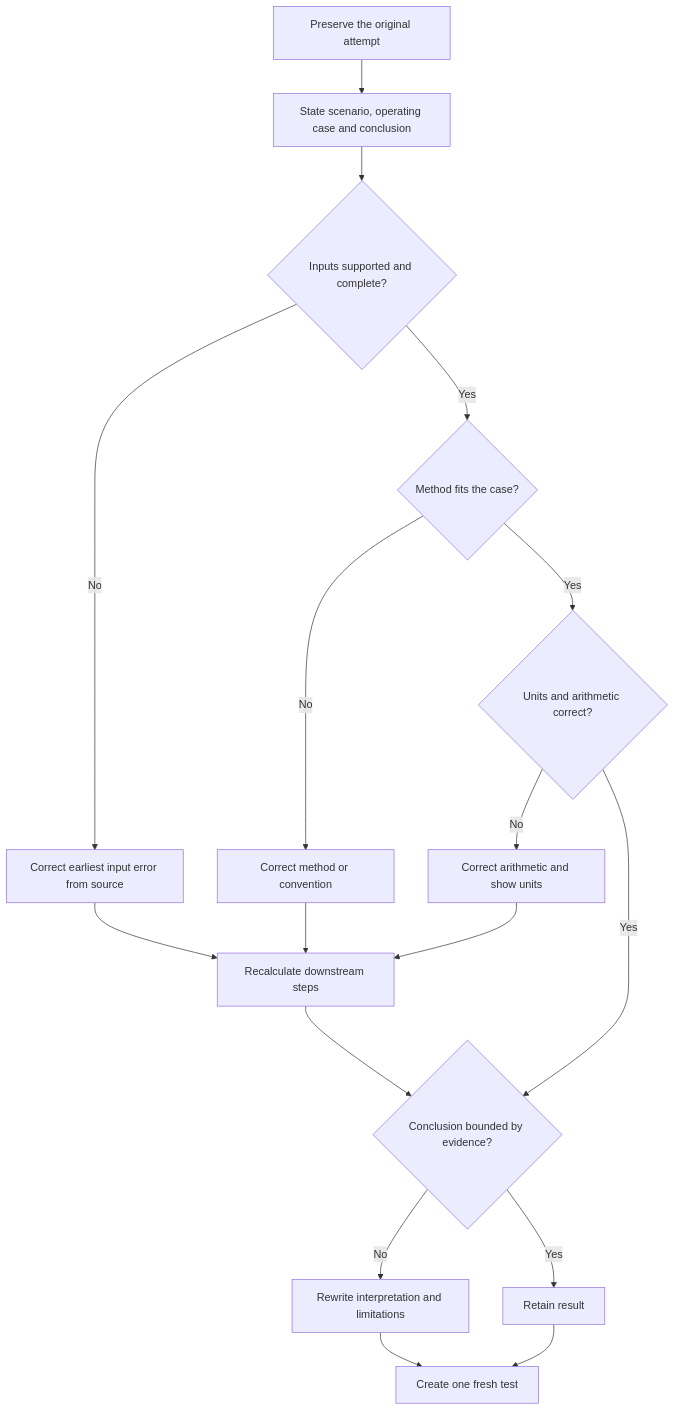
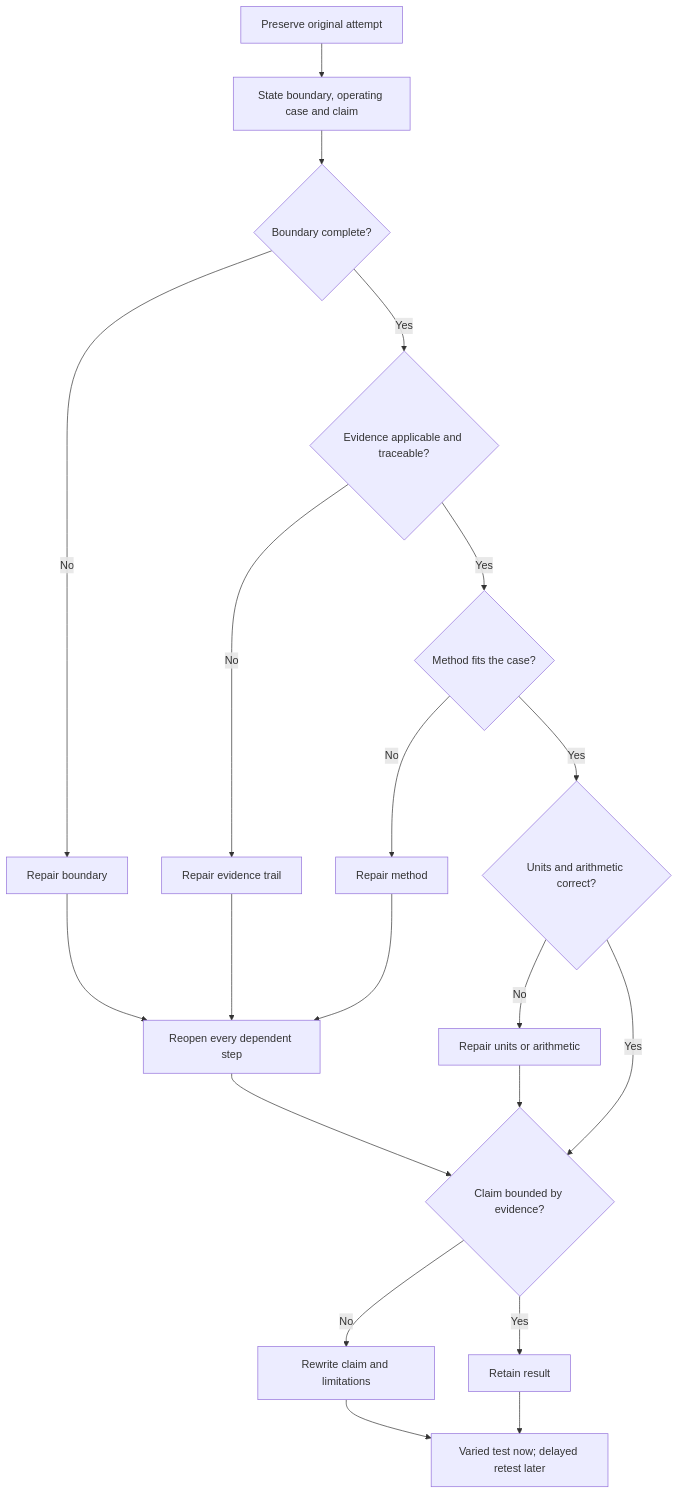
Before and after one commit to andrew3stedall/capstone: the diagram in docs/learning-plans/4-week/modules/day-12-rest-calculation-correction-and-catch-up.md, drawn with Mermaid. The commit also changed other lines of this file, not shown here.

````diff
--- a/docs/learning-plans/4-week/modules/day-12-rest-calculation-correction-and-catch-up.md
+++ b/docs/learning-plans/4-week/modules/day-12-rest-calculation-correction-and-catch-up.md
@@ -154,19 +146,22 @@
 ```mermaid
 flowchart TD
-    A["Preserve the original attempt"] --> B["State scenario, operating case and conclusion"]
-    B --> C{"Inputs supported and complete?"}
-    C -->|"No"| D["Correct earliest input error from source"]
-    C -->|"Yes"| E{"Method fits the case?"}
-    E -->|"No"| F["Correct method or convention"]
-    E -->|"Yes"| G{"Units and arithmetic correct?"}
-    G -->|"No"| H["Correct arithmetic and show units"]
-    G -->|"Yes"| I{"Conclusion bounded by evidence?"}
-    I -->|"No"| J["Rewrite interpretation and limitations"]
-    I -->|"Yes"| K["Retain result"]
-    D --> L["Recalculate downstream steps"]
-    F --> L
-    H --> L
-    J --> M["Create one fresh test"]
-    K --> M
-    L --> I
+    A["Preserve original attempt"] --> B["State boundary, operating case and claim"]
+    B --> C{"Boundary complete?"}
+    C -->|No| D["Repair boundary"]
+    C -->|Yes| E{"Evidence applicable and traceable?"}
+    E -->|No| F["Repair evidence trail"]
+    E -->|Yes| G{"Method fits the case?"}
+    G -->|No| H["Repair method"]
+    G -->|Yes| I{"Units and arithmetic correct?"}
+    I -->|No| J["Repair units or arithmetic"]
+    I -->|Yes| K{"Claim bounded by evidence?"}
+    K -->|No| L["Rewrite claim and limitations"]
+    K -->|Yes| M["Retain result"]
+    D --> N["Reopen every dependent step"]
+    F --> N
+    H --> N
+    J --> K
+    N --> K
+    L --> O["Varied test now; delayed retest later"]
+    M --> O
 ```
````
